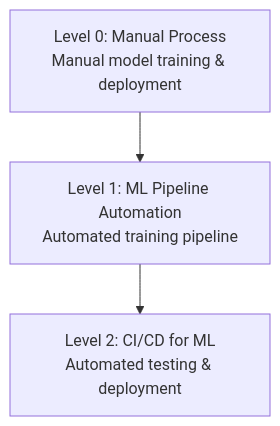
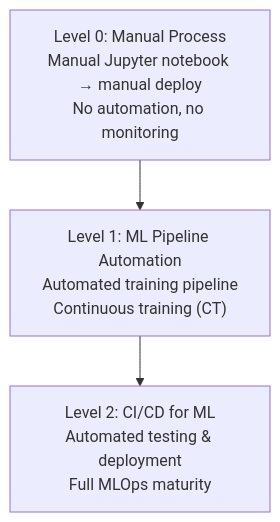
One commit to vanos001/placement_prep changed the second of 5 diagrams in src/ml/mlops/README.md. Above: the diagram before and after it, drawn with Mermaid. The commit also changed other lines of this file and 21 other files, not shown here.

````diff
--- a/src/ml/mlops/README.md
+++ b/src/ml/mlops/README.md
@@ -22,8 +36,7 @@
 ```mermaid
 graph TB
-    L0["Level 0: Manual Process<br/>Manual model training & deployment"]
-    L1["Level 1: ML Pipeline Automation<br/>Automated training pipeline"]
-    L2["Level 2: CI/CD for ML<br/>Automated testing & deployment"]
-    
+    L0["Level 0: Manual Process<br/>Manual Jupyter notebook → manual deploy<br/>No automation, no monitoring"]
+    L1["Level 1: ML Pipeline Automation<br/>Automated training pipeline<br/>Continuous training (CT)"]
+    L2["Level 2: CI/CD for ML<br/>Automated testing & deployment<br/>Full MLOps maturity"]
     L0 --> L1 --> L2
 ```
````
